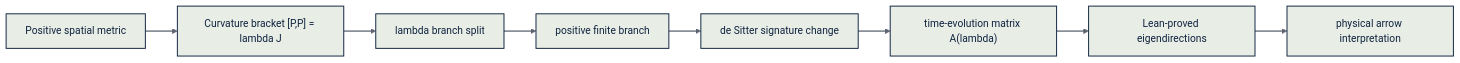
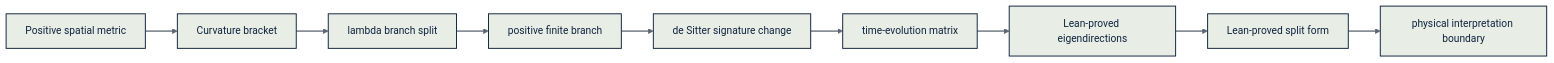
One commit to rishistyping/ii-logos-spacetime-derivation changed the diagram in README.md. Above: the diagram before and after it, drawn with Mermaid. The commit also changed other lines of this file and 9 other files, not shown here.

````diff
--- a/README.md
+++ b/README.md
@@ -75,12 +105,13 @@
 ```mermaid
 flowchart LR
-    S["Positive spatial metric"] --> C["Curvature bracket [P,P] = lambda J"]
+    S["Positive spatial metric"] --> C["Curvature bracket"]
     C --> B["lambda branch split"]
     B --> P["positive finite branch"]
     P --> D["de Sitter signature change"]
-    D --> M["time-evolution matrix A(lambda)"]
+    D --> M["time-evolution matrix"]
     M --> E["Lean-proved eigendirections"]
-    E --> I["physical arrow interpretation"]
+    E --> Q["Lean-proved split form"]
+    Q --> I["physical interpretation boundary"]
     classDef default fill:#E8EDE5,stroke:#0F233F,stroke-width:1.5px,color:#0F233F;
     linkStyle default stroke:#5D6572,stroke-width:2px;
 ```
````
